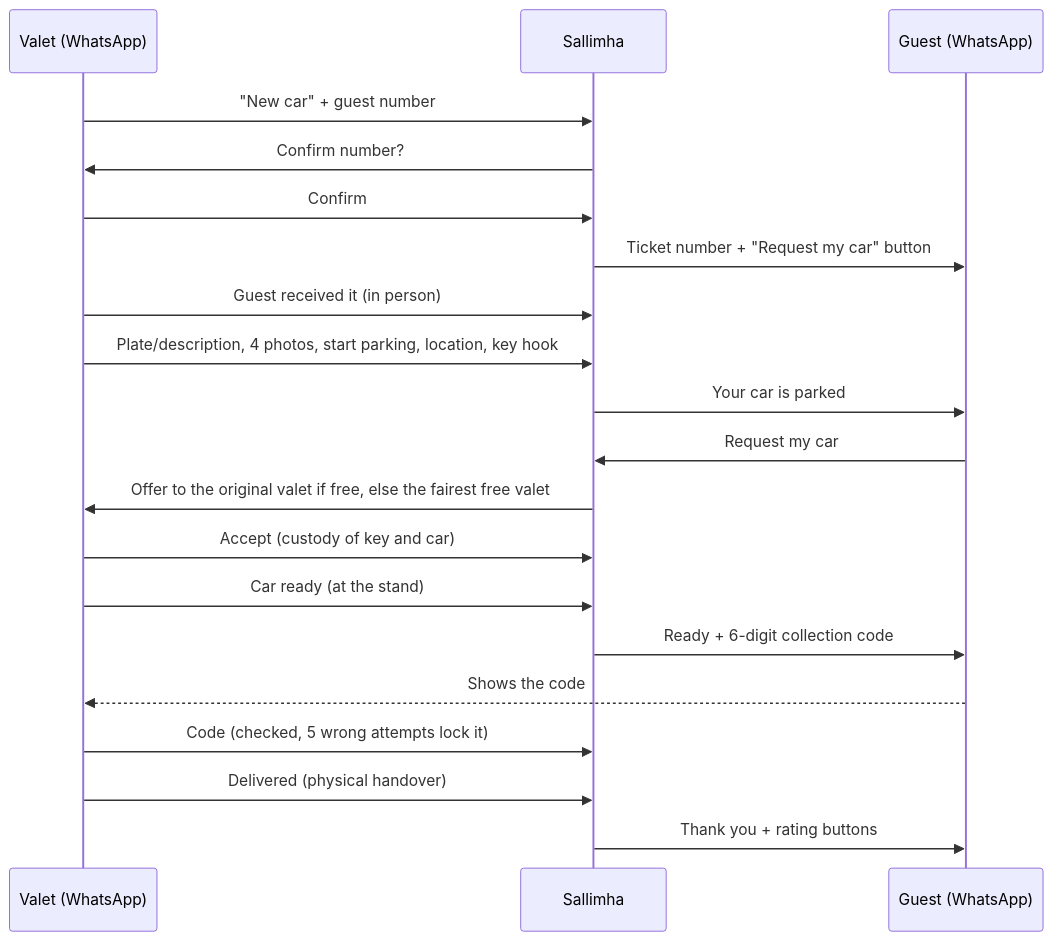
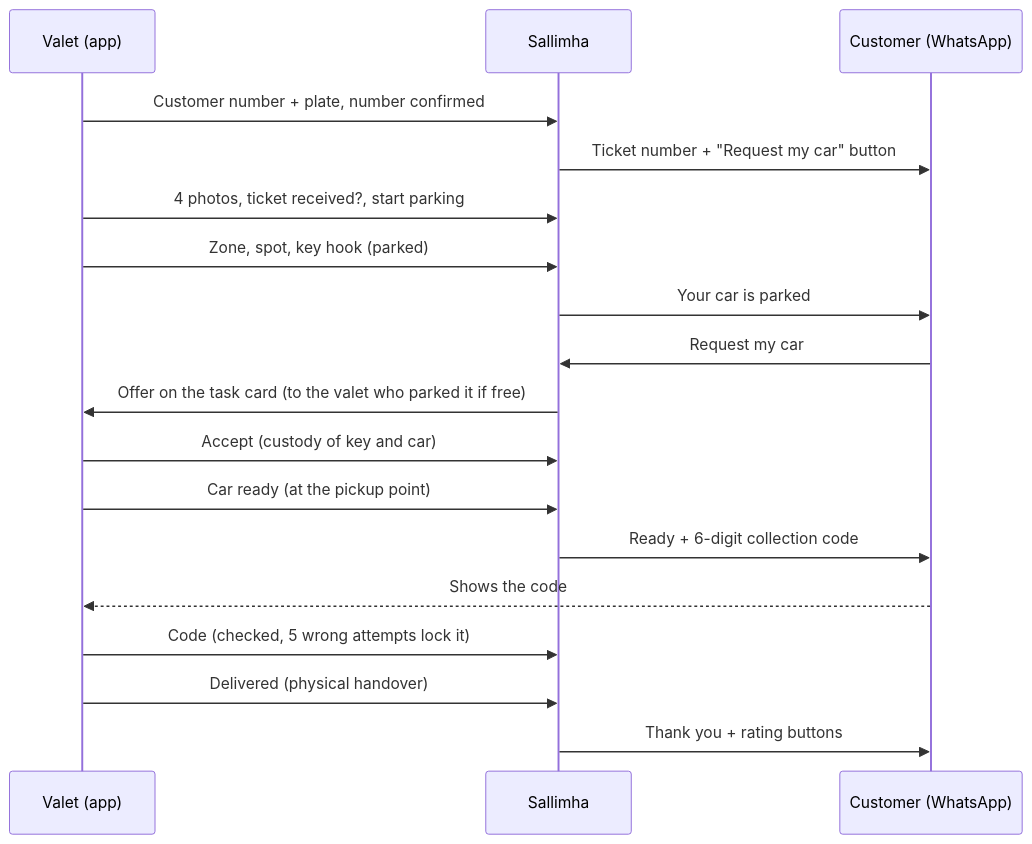
Before and after one commit to M7mdknh/Sallimha: the second of 3 diagrams in docs/SYSTEM_OVERVIEW.md, drawn with Mermaid. The commit also changed other lines of this file and 69 other files, not shown here.

````diff
--- a/docs/SYSTEM_OVERVIEW.md
+++ b/docs/SYSTEM_OVERVIEW.md
@@ -62,22 +66,20 @@
 ```mermaid
 sequenceDiagram
-  participant V as Valet (WhatsApp)
+  participant V as Valet (app)
   participant S as Sallimha
-  participant G as Guest (WhatsApp)
-  V->>S: "New car" + guest number
-  S->>V: Confirm number?
-  V->>S: Confirm
+  participant G as Customer (WhatsApp)
+  V->>S: Customer number + plate, number confirmed
   S->>G: Ticket number + "Request my car" button
-  V->>S: Guest received it (in person)
-  V->>S: Plate/description, 4 photos, start parking, location, key hook
+  V->>S: 4 photos, ticket received?, start parking
+  V->>S: Zone, spot, key hook (parked)
   S->>G: Your car is parked
   G->>S: Request my car
-  S->>V: Offer to the original valet if free, else the fairest free valet
+  S->>V: Offer on the task card (to the valet who parked it if free)
   V->>S: Accept (custody of key and car)
-  V->>S: Car ready (at the stand)
+  V->>S: Car ready (at the pickup point)
   S->>G: Ready + 6-digit collection code
   G-->>V: Shows the code
   V->>S: Code (checked, 5 wrong attempts lock it)
   V->>S: Delivered (physical handover)
   S->>G: Thank you + rating buttons
 ```
````
